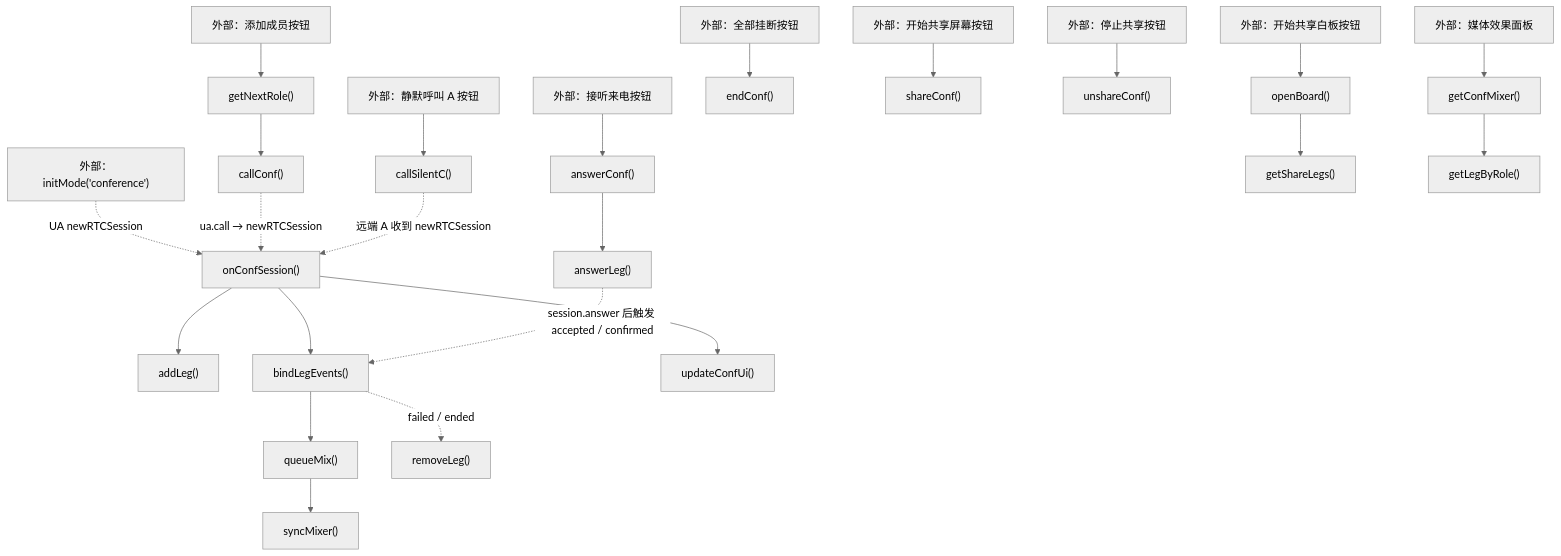
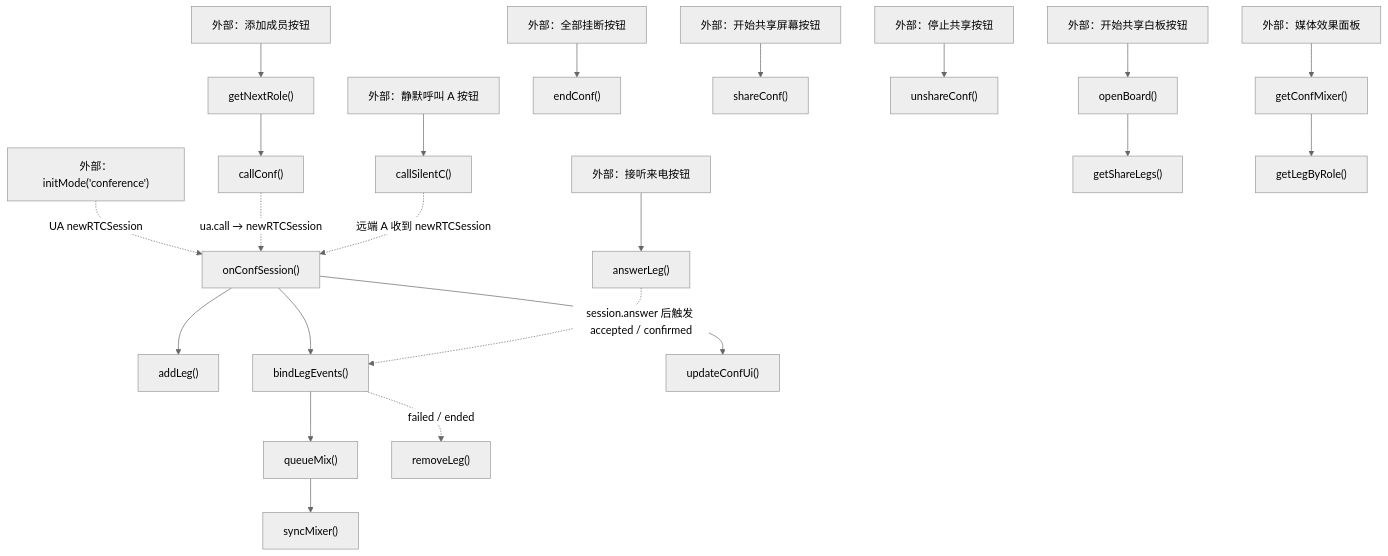
Before and after one commit to lei40251/JsSIP: diagram 13 of 20 in docs/app-conference-guide.md, drawn with Mermaid (neutral theme). The commit also changed other lines of this file and 12 other files, not shown here.

````diff
--- a/docs/app-conference-guide.md
+++ b/docs/app-conference-guide.md
@@ -1086,31 +1086,30 @@
 ```mermaid
 flowchart TD
   MODE["外部：initMode('conference')"] -.->|"UA newRTCSession"| NEW["onConfSession()"]
 
   ADD["外部：添加成员按钮"] --> NEXT["getNextRole()"]
   NEXT --> CALL["callConf()"]
 
   SILENT["外部：静默呼叫 A 按钮"] --> SCALL["callSilentC()"]
-  ANSWER["外部：接听来电按钮"] --> AP["answerConf()"]
-  AP --> ALEG["answerLeg()"]
+  ANSWER["外部：接听来电按钮"] --> ALEG["answerLeg()"]
   HANGALL["外部：全部挂断按钮"] --> TERMALL["endConf()"]
 
   STARTUI["外部：开始共享屏幕按钮"] --> START["shareConf()"]
   STOPUI["外部：停止共享按钮"] --> STOP["unshareConf()"]
   BOARDUI["外部：开始共享白板按钮"] --> OPENBOARD["openBoard()"]
   OPENBOARD --> TARGETBOARD["getShareLegs()"]
 
   EFFECTS["外部：媒体效果面板"] --> GETMEC["getConfMixer()"]
   GETMEC --> BYROLE["getLegByRole()"]
 
   NEW --> LEG["addLeg()"]
   NEW --> EVENTS["bindLegEvents()"]
   NEW --> UI["updateConfUi()"]
   CALL -.->|"ua.call → newRTCSession"| NEW
   SCALL -.->|"远端 A 收到 newRTCSession"| NEW
   ALEG -.->|"session.answer 后触发 accepted / confirmed"| EVENTS
 
   EVENTS --> SYNC["queueMix()"]
   SYNC --> MIX["syncMixer()"]
   EVENTS -.->|"failed / ended"| CLEAN["removeLeg()"]
 ```
````
